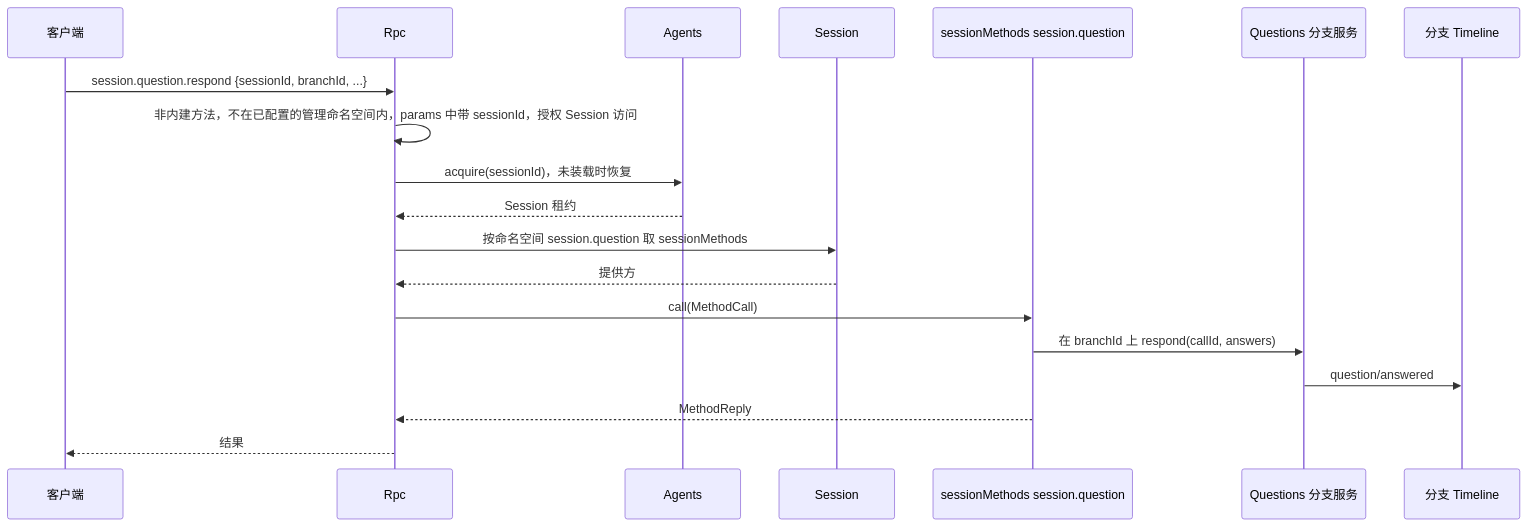
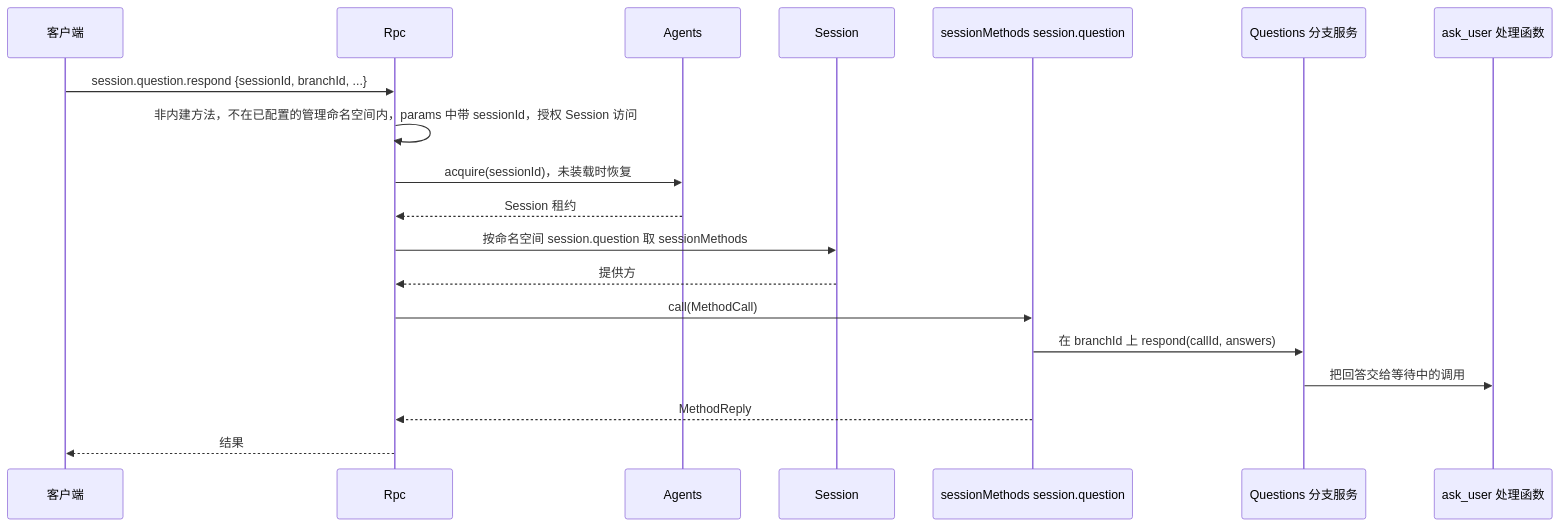
One commit to CoutinhoTTS/dim-agent changed the second of 3 diagrams in docs/zh/design/contracts/session-boundary.md. Above: the diagram before and after it, drawn with Mermaid. The commit also changed other lines of this file and 13 other files, not shown here.

First line of the commit message:
docs(questions): redesign ask_user so the answer is the tool result

````diff
--- a/docs/zh/design/contracts/session-boundary.md
+++ b/docs/zh/design/contracts/session-boundary.md
@@ -67,21 +67,21 @@
 ```mermaid
 sequenceDiagram
   participant CL as 客户端
   participant Rpc as Rpc
   participant AI as Agents
   participant S as Session
   participant Q as sessionMethods session.question
   participant QB as Questions 分支服务
-  participant TL as 分支 Timeline
+  participant H as ask_user 处理函数
   CL->>Rpc: session.question.respond {sessionId, branchId, ...}
   Rpc->>Rpc: 非内建方法，不在已配置的管理命名空间内，params 中带 sessionId，授权 Session 访问
   Rpc->>AI: acquire(sessionId)，未装载时恢复
   AI-->>Rpc: Session 租约
   Rpc->>S: 按命名空间 session.question 取 sessionMethods
   S-->>Rpc: 提供方
   Rpc->>Q: call(MethodCall)
   Q->>QB: 在 branchId 上 respond(callId, answers)
-  QB->>TL: question/answered
+  QB->>H: 把回答交给等待中的调用
   Q-->>Rpc: MethodReply
   Rpc-->>CL: 结果
 ```
````
